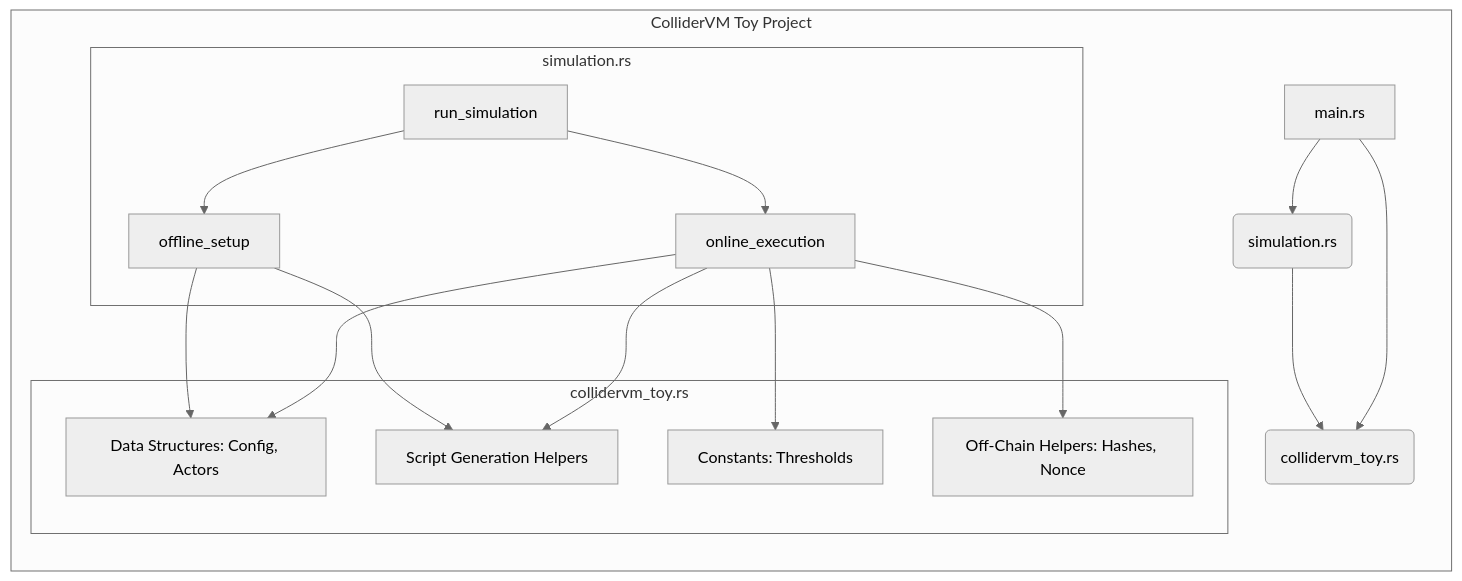
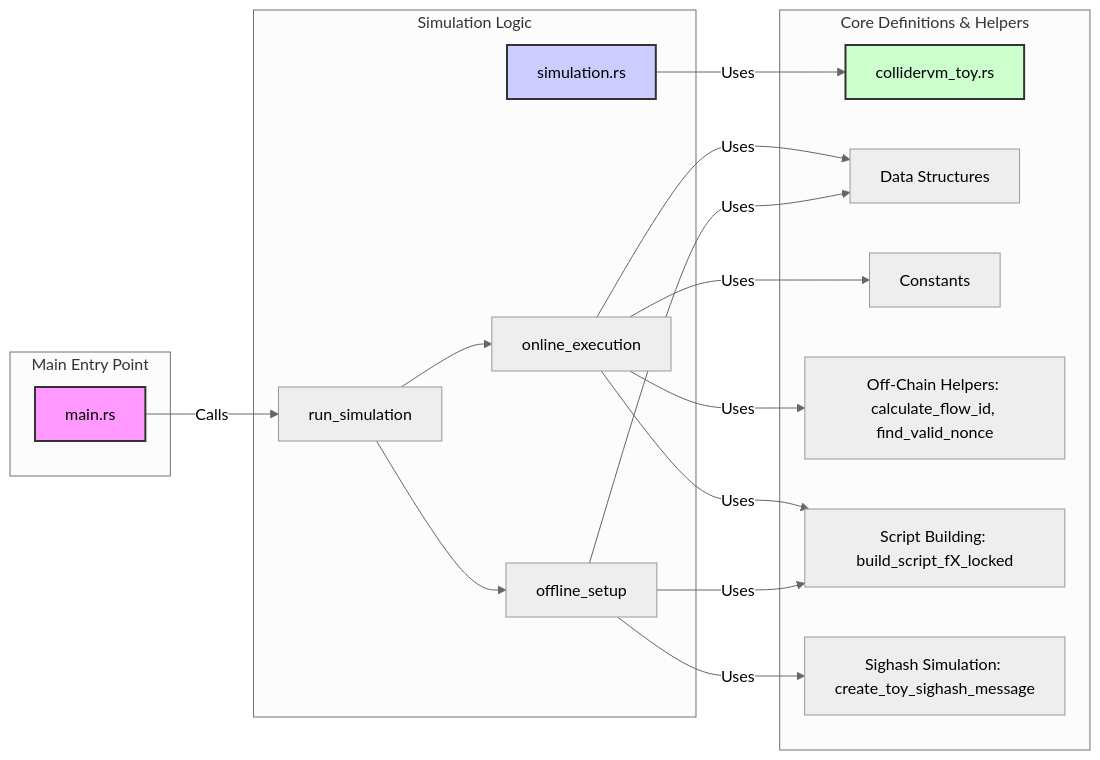
Before and after one commit to d-roak/collidervm_toy: the diagram in README.md, drawn with Mermaid (neutral theme). The commit also changed other lines of this file and 3 other files, not shown here.

````diff
--- a/README.md
+++ b/README.md
@@ -48,27 +63,29 @@
 ```mermaid
 graph LR
-    subgraph ColliderVM Toy Project
-        A[main.rs] --> B(simulation.rs);
-        B --> C(collidervm_toy.rs);
-        A --> C;
+    subgraph Main Entry Point
+        A[main.rs]
+    end
+    subgraph Simulation Logic
+        B[simulation.rs]
+        D[run_simulation] --> E[offline_setup];
+        D --> F[online_execution];
+    end
+    subgraph Core Definitions & Helpers
+        C[collidervm_toy.rs]
+        G[Data Structures]
+        H[Constants]
+        I[Off-Chain Helpers: calculate_flow_id, find_valid_nonce]
+        J[Script Building: build_script_fX_locked]
+        K[Sighash Simulation: create_toy_sighash_message]
+    end
 
-        subgraph simulation.rs
-            D[run_simulation] --> E[offline_setup];
-            D --> F[online_execution];
-        end
+    A -- Calls --> D
+    B -- Uses --> C
 
-        subgraph collidervm_toy.rs
-            G[Data Structures: Config, Actors]
-            H[Constants: Thresholds]
-            I[Off-Chain Helpers: Hashes, Nonce]
-            J[Script Generation Helpers]
-        end
+    E -- Uses --> G; E -- Uses --> J; E -- Uses --> K
+    F -- Uses --> G; F -- Uses --> H; F -- Uses --> I; F -- Uses --> J
 
-        E --> G;
-        E --> J;
-        F --> G;
-        F --> H;
-        F --> I;
-        F --> J;
-    end
+    style A fill:#f9f,stroke:#333,stroke-width:2px
+    style B fill:#ccf,stroke:#333,stroke-width:2px
+    style C fill:#cfc,stroke:#333,stroke-width:2px
 ```
````
